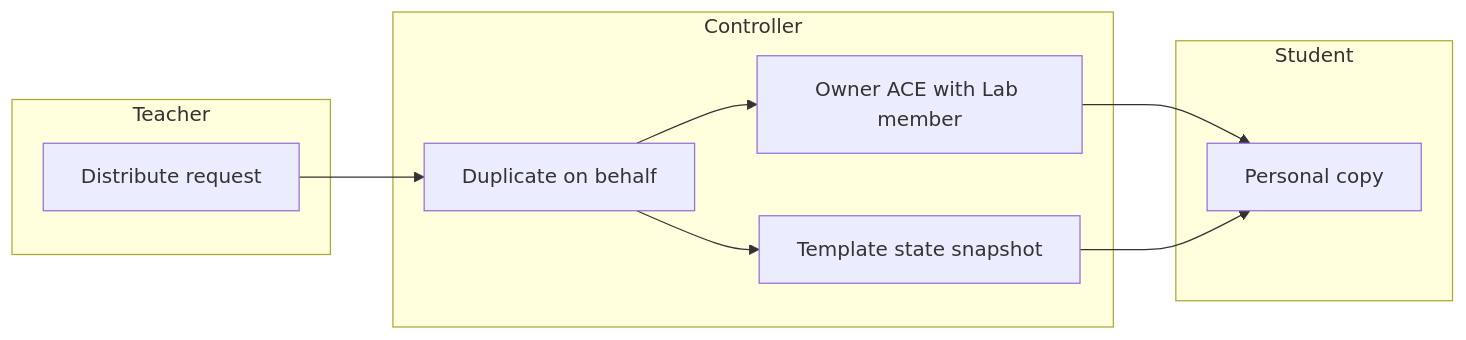
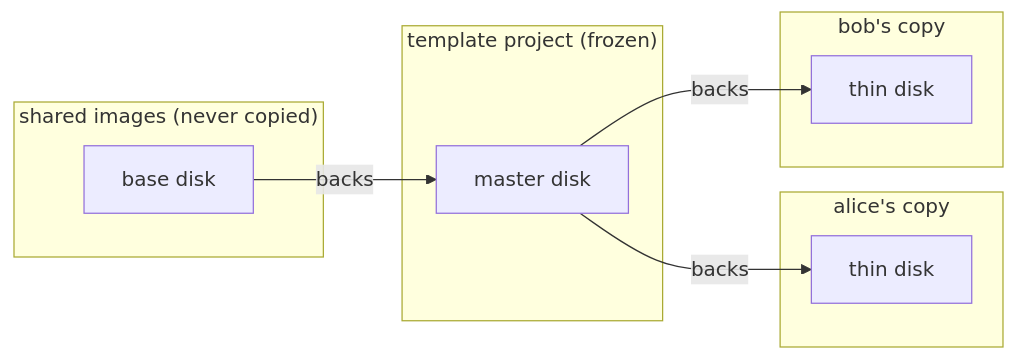
One commit to yueguobin/gns3-server changed the first of 3 diagrams in docs/features/project-distribution.md. Above: the diagram before and after it, drawn with Mermaid. The commit also changed other lines of this file and 23 other files, not shown here.

First line of the commit message:
Distribute projects as thin QEMU overlay copies

````diff
--- a/docs/features/project-distribution.md
+++ b/docs/features/project-distribution.md
@@ -24,19 +31,18 @@
 ```mermaid
 flowchart LR
-    subgraph Teacher
-        C[Distribute request]
+    subgraph Images["shared images (never copied)"]
+        B[base disk]
     end
-    subgraph Controller
-        D[Duplicate on behalf]
-        A[Owner ACE with Lab member]
-        S[Template state snapshot]
+    subgraph Template["template project (frozen)"]
+        M[master disk]
     end
-    subgraph Student
-        V[Personal copy]
+    subgraph CopyA["alice's copy"]
+        A[thin disk]
     end
-    C --> D
-    D --> A
-    D --> S
-    A --> V
-    S --> V
+    subgraph CopyB["bob's copy"]
+        C[thin disk]
+    end
+    B -->|backs| M
+    M -->|backs| A
+    M -->|backs| C
 ```
````
